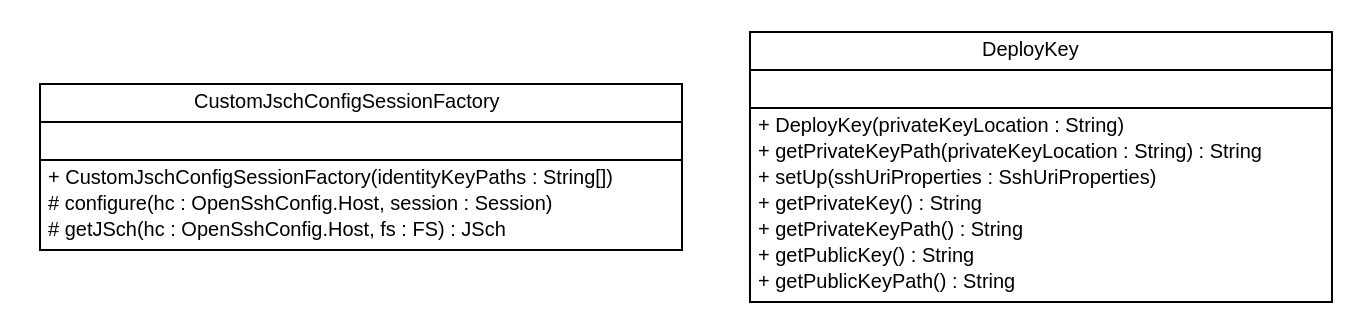
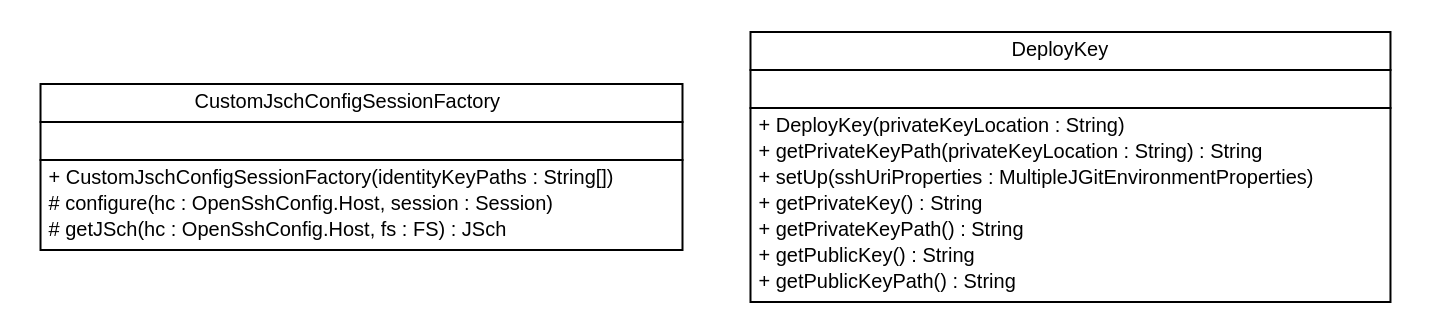
Before and after one commit to cloud-ready/cloud-ready: the diagram in snapshot/build-docker/spring-cloud-config/spring-cloud-config-server/apidocs/cn/home1/cloud/config/server/ssh/cn.home1.cloud.config.server.ssh.dot, drawn with Graphviz. The commit also changed 200 other files, not shown here.

```diff
--- a/snapshot/build-docker/spring-cloud-config/spring-cloud-config-server/apidocs/cn/home1/cloud/config/server/ssh/cn.home1.cloud.config.server.ssh.dot
+++ b/snapshot/build-docker/spring-cloud-config/spring-cloud-config-server/apidocs/cn/home1/cloud/config/server/ssh/cn.home1.cloud.config.server.ssh.dot
@@ -1,44 +1,44 @@
 #!/usr/local/bin/dot
 #
 # Class diagram 
 # Generated by UMLGraph version R5_6-24-gf6e263 (http://www.umlgraph.org/)
 #
 
 digraph G {
 	edge [fontname="Helvetica",fontsize=10,labelfontname="Helvetica",labelfontsize=10];
 	node [fontname="Helvetica",fontsize=10,shape=plaintext];
 	nodesep=0.25;
 	ranksep=0.5;
 	// cn.home1.cloud.config.server.ssh.CustomJschConfigSessionFactory
 	c78 [label=<<table title="cn.home1.cloud.config.server.ssh.CustomJschConfigSessionFactory" border="0" cellborder="1" cellspacing="0" cellpadding="2" port="p" href="./CustomJschConfigSessionFactory.html">
 		<tr><td><table border="0" cellspacing="0" cellpadding="1">
 <tr><td align="center" balign="center"> CustomJschConfigSessionFactory </td></tr>
 		</table></td></tr>
 		<tr><td><table border="0" cellspacing="0" cellpadding="1">
 <tr><td align="left" balign="left">  </td></tr>
 		</table></td></tr>
 		<tr><td><table border="0" cellspacing="0" cellpadding="1">
 <tr><td align="left" balign="left"> + CustomJschConfigSessionFactory(identityKeyPaths : String[]) </td></tr>
 <tr><td align="left" balign="left"> # configure(hc : OpenSshConfig.Host, session : Session) </td></tr>
 <tr><td align="left" balign="left"> # getJSch(hc : OpenSshConfig.Host, fs : FS) : JSch </td></tr>
 		</table></td></tr>
 		</table>>, URL="./CustomJschConfigSessionFactory.html", fontname="Helvetica", fontcolor="black", fontsize=10.0];
 	// cn.home1.cloud.config.server.ssh.DeployKey
 	c79 [label=<<table title="cn.home1.cloud.config.server.ssh.DeployKey" border="0" cellborder="1" cellspacing="0" cellpadding="2" port="p" href="./DeployKey.html">
 		<tr><td><table border="0" cellspacing="0" cellpadding="1">
 <tr><td align="center" balign="center"> DeployKey </td></tr>
 		</table></td></tr>
 		<tr><td><table border="0" cellspacing="0" cellpadding="1">
 <tr><td align="left" balign="left">  </td></tr>
 		</table></td></tr>
 		<tr><td><table border="0" cellspacing="0" cellpadding="1">
 <tr><td align="left" balign="left"> + DeployKey(privateKeyLocation : String) </td></tr>
 <tr><td align="left" balign="left"> + getPrivateKeyPath(privateKeyLocation : String) : String </td></tr>
-<tr><td align="left" balign="left"> + setUp(sshUriProperties : SshUriProperties) </td></tr>
+<tr><td align="left" balign="left"> + setUp(sshUriProperties : MultipleJGitEnvironmentProperties) </td></tr>
 <tr><td align="left" balign="left"> + getPrivateKey() : String </td></tr>
 <tr><td align="left" balign="left"> + getPrivateKeyPath() : String </td></tr>
 <tr><td align="left" balign="left"> + getPublicKey() : String </td></tr>
 <tr><td align="left" balign="left"> + getPublicKeyPath() : String </td></tr>
 		</table></td></tr>
 		</table>>, URL="./DeployKey.html", fontname="Helvetica", fontcolor="black", fontsize=10.0];
 }
```
